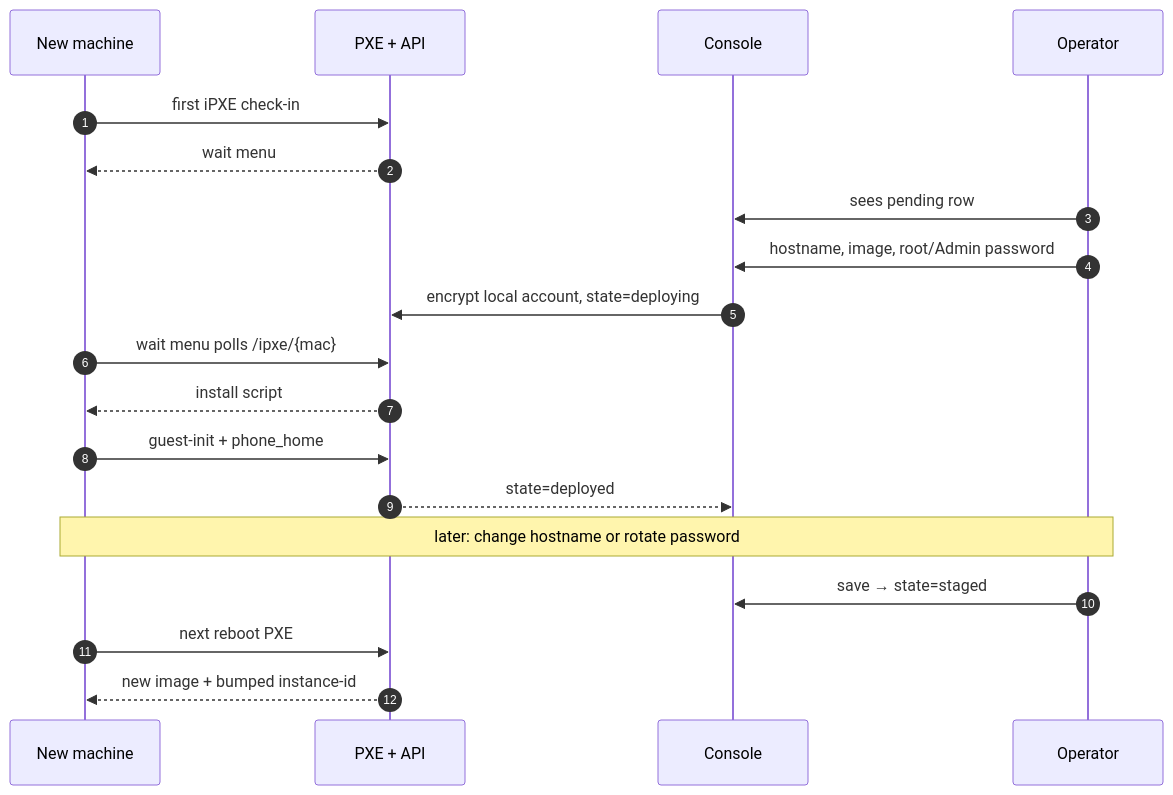
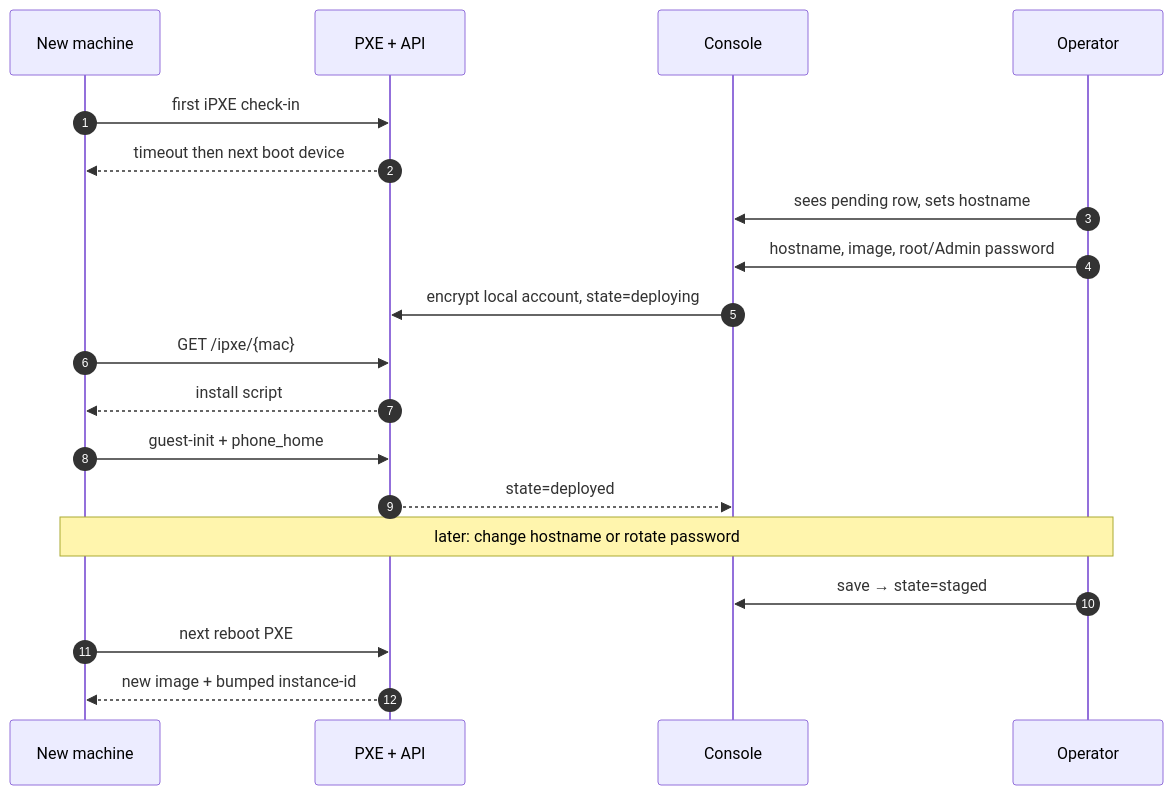
One commit to hometinker12/home-lab-pxe changed diagram 15 of 24 in ARCHITECTURE.md. Above: the diagram before and after it, drawn with Mermaid. The commit also changed other lines of this file and 37 other files, not shown here.

````diff
--- a/ARCHITECTURE.md
+++ b/ARCHITECTURE.md
@@ -345,22 +342,22 @@
 ```mermaid
 sequenceDiagram
   autonumber
   participant M as New machine
   participant PXE as PXE + API
   participant UI as Console
   participant Op as Operator
 
   M->>PXE: first iPXE check-in
-  PXE-->>M: wait menu
-  Op->>UI: sees pending row
+  PXE-->>M: timeout then next boot device
+  Op->>UI: sees pending row, sets hostname
   Op->>UI: hostname, image, root/Admin password
   UI->>PXE: encrypt local account, state=deploying
-  M->>PXE: wait menu polls /ipxe/{mac}
+  M->>PXE: GET /ipxe/{mac}
   PXE-->>M: install script
   M->>PXE: guest-init + phone_home
   PXE-->>UI: state=deployed
   Note over Op,M: later: change hostname or rotate password
   Op->>UI: save → state=staged
   M->>PXE: next reboot PXE
   PXE-->>M: new image + bumped instance-id
 ```
````
